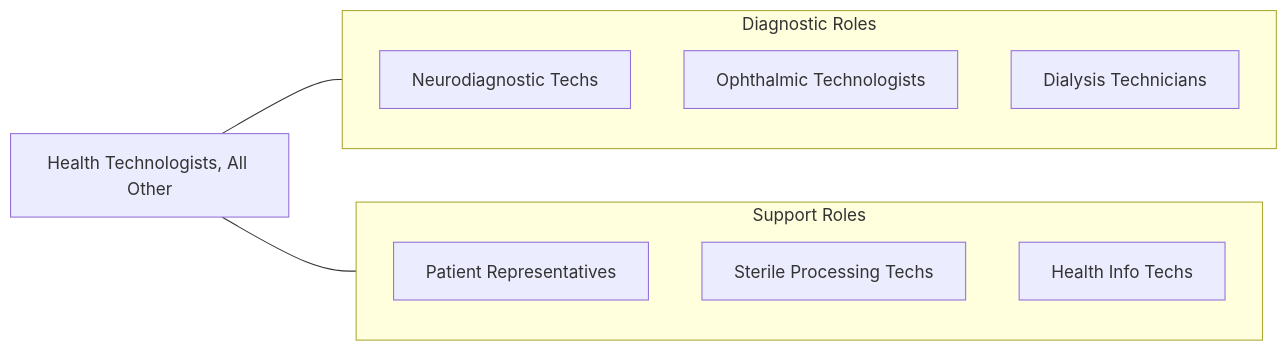
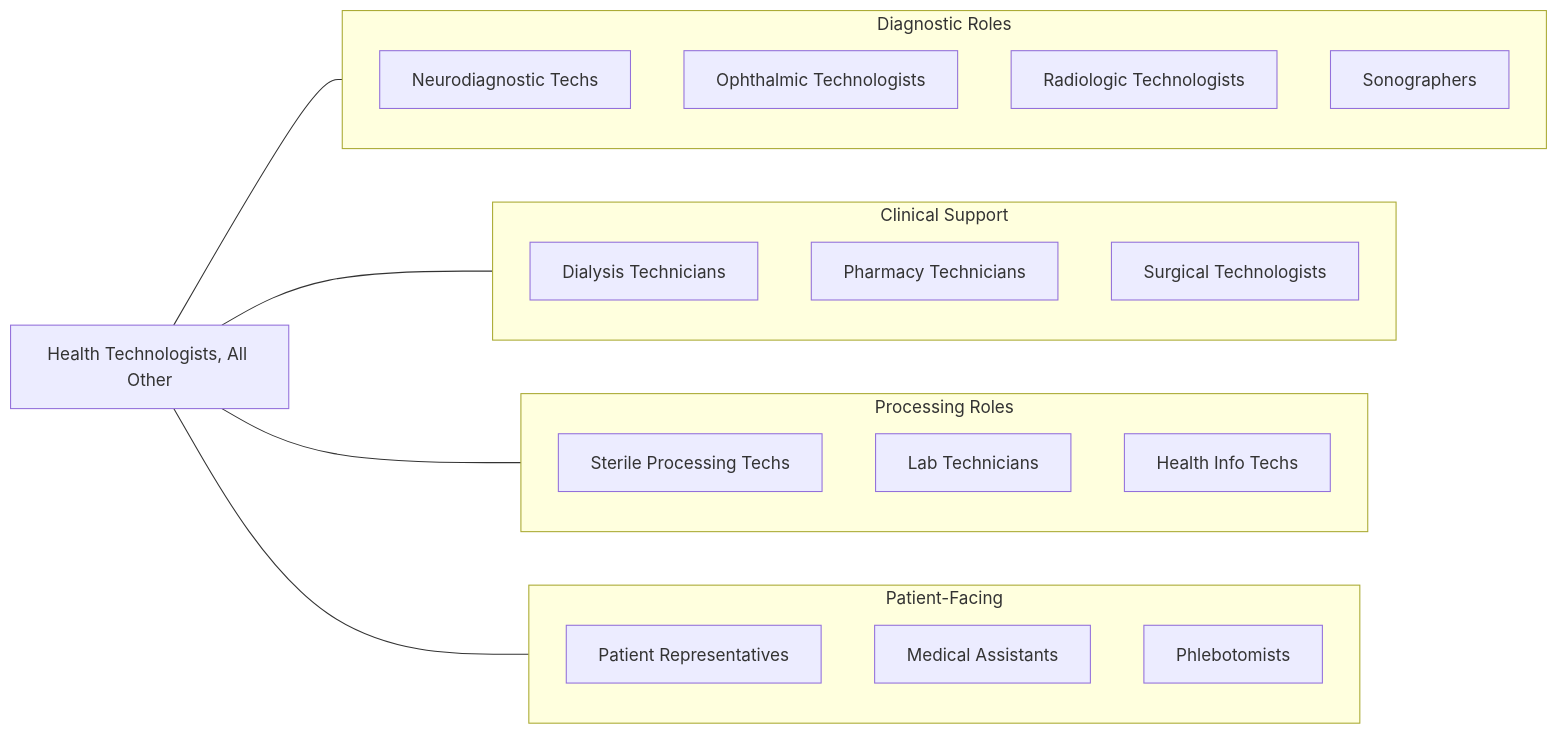
One commit to kziemski/business.org.ai changed the fourth of 4 diagrams in occupations/HealthcarePractitioners/HealthTechnologistsAndTechnicians.mdx. Above: the diagram before and after it, drawn with Mermaid. The commit also changed other lines of this file and 885 other files, not shown here.

````diff
--- a/occupations/HealthcarePractitioners/HealthTechnologistsAndTechnicians.mdx
+++ b/occupations/HealthcarePractitioners/HealthTechnologistsAndTechnicians.mdx
@@ -54,19 +269,34 @@
 ```mermaid
 graph LR
     Current["Health Technologists, All Other"]
 
     subgraph Diagnostic["Diagnostic Roles"]
         NDTs["Neurodiagnostic Techs"]
         OphthTechs["Ophthalmic Technologists"]
-        DialysisTechs["Dialysis Technicians"]
+        RadTechs["Radiologic Technologists"]
+        SonoTechs["Sonographers"]
     end
 
-    subgraph Support["Support Roles"]
-        PatientReps["Patient Representatives"]
+    subgraph Clinical["Clinical Support"]
+        DialysisTechs["Dialysis Technicians"]
+        PharmTechs["Pharmacy Technicians"]
+        SurgTechs["Surgical Technologists"]
+    end
+
+    subgraph Processing["Processing Roles"]
         SterileProc["Sterile Processing Techs"]
+        LabTechs["Lab Technicians"]
         HealthInfoTechs["Health Info Techs"]
     end
 
+    subgraph PatientFacing["Patient-Facing"]
+        PatientReps["Patient Representatives"]
+        MedAssts["Medical Assistants"]
+        Phlebs["Phlebotomists"]
+    end
+
     Current --- Diagnostic
-    Current --- Support
+    Current --- Clinical
+    Current --- Processing
+    Current --- PatientFacing
 ```
````
